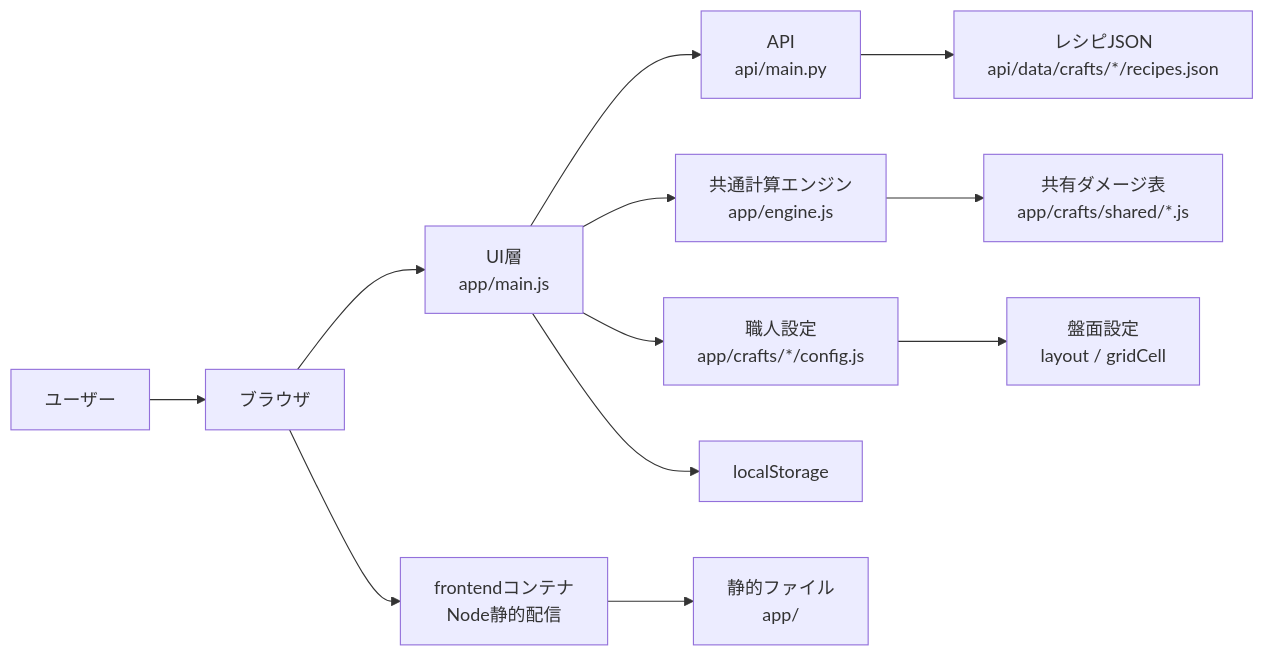
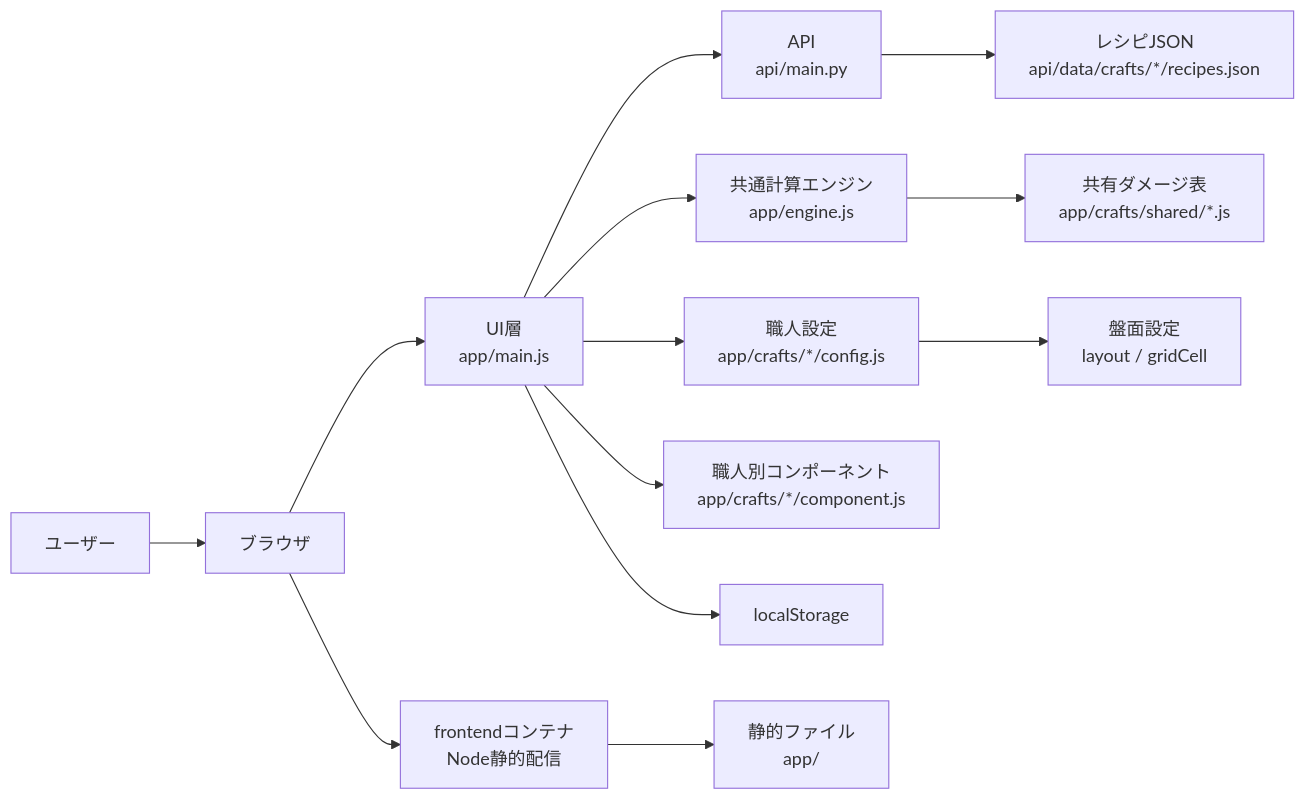
Before and after one commit to kwdch013/crafting_dq10: the first of 2 diagrams in docs/design/01-architecture.md, drawn with Mermaid. The commit also changed other lines of this file and 187 other files, not shown here.

````diff
--- a/docs/design/01-architecture.md
+++ b/docs/design/01-architecture.md
@@ -12,14 +12,15 @@
 ```mermaid
 flowchart LR
   User[ユーザー] --> Browser[ブラウザ]
   Browser --> UI[UI層<br>app/main.js]
   UI --> API[API<br>api/main.py]
   UI --> Engine[共通計算エンジン<br>app/engine.js]
   UI --> Config[職人設定<br>app/crafts/*/config.js]
+  UI --> Component[職人別コンポーネント<br>app/crafts/*/component.js]
   API --> Recipes[レシピJSON<br>api/data/crafts/*/recipes.json]
   Config --> Layout[盤面設定<br>layout / gridCell]
   Engine --> Damage[共有ダメージ表<br>app/crafts/shared/*.js]
   UI --> Storage[localStorage]
   Browser --> Frontend[frontendコンテナ<br>Node静的配信]
   Frontend --> Static[静的ファイル<br>app/]
 ```
````
